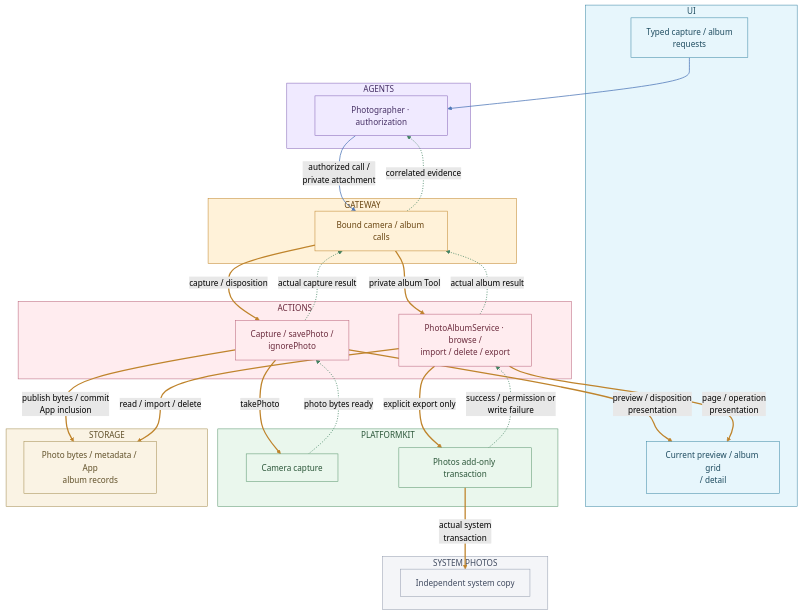
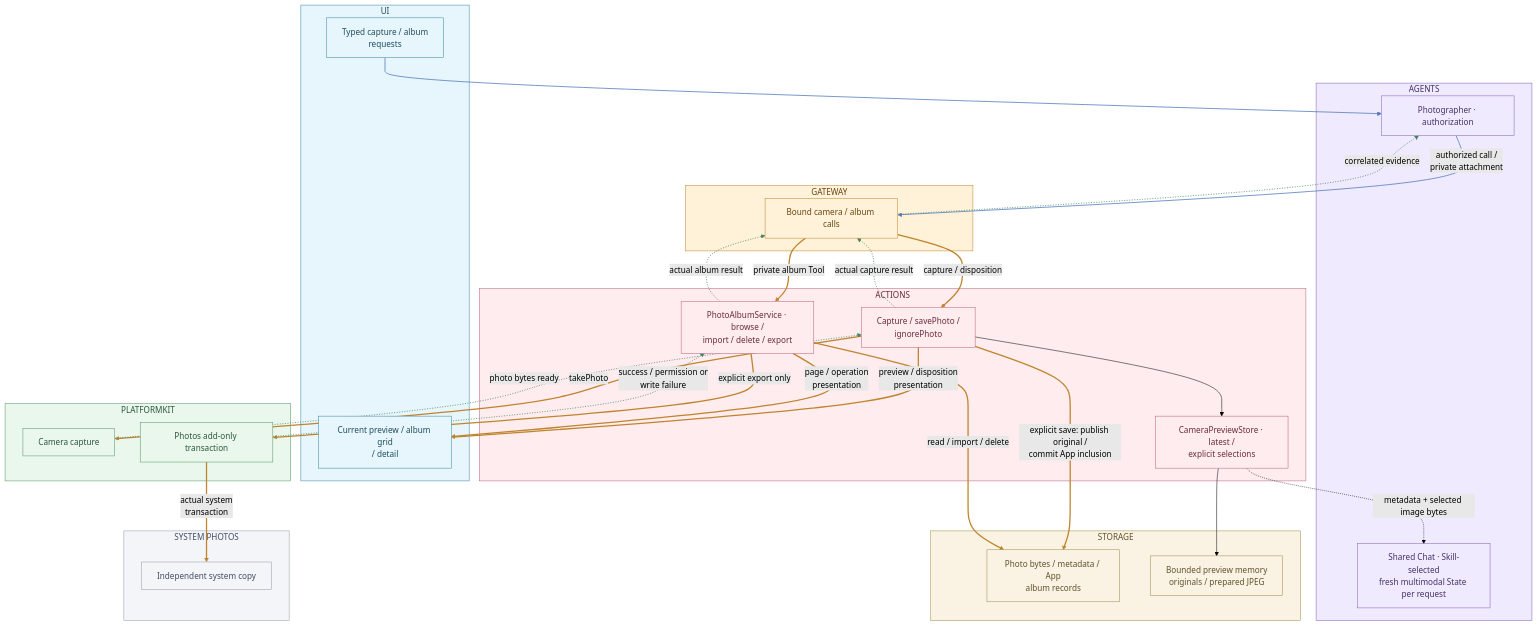
Diagram 19 of 26 in MobileHarness/README.md (devilyouwei/MobileHarness), drawn with Mermaid (forest theme) before and after one commit. The commit also changed other lines of this file and 401 other files, not shown here.

````diff
--- a/MobileHarness/README.md
+++ b/MobileHarness/README.md
@@ -1161,73 +1149,79 @@
 ```mermaid
 flowchart TB
     subgraph Interaction["UI"]
         Request["Typed capture / album<br/>requests"]:::ui
         View["Current preview / album grid<br/>/ detail"]:::ui
     end
     style Interaction fill:#e7f6fc,stroke:#3985a4,color:#1f4c60
     subgraph Cognition["AGENTS"]
         A["Photographer · authorization"]:::agent
+        Context["Shared Chat · Skill-selected<br/>fresh multimodal State per request"]:::agent
     end
     style Cognition fill:#f0eaff,stroke:#8261b5,color:#463065
     subgraph Coordination["GATEWAY"]
         G["Bound camera / album calls"]:::gateway
     end
     style Coordination fill:#fff2d9,stroke:#bf842c,color:#694511
     subgraph Execution["ACTIONS"]
         Camera["Capture / savePhoto /<br/>ignorePhoto"]:::action
+        Preview["CameraPreviewStore · latest /<br/>explicit selections"]:::action
         Album["PhotoAlbumService · browse /<br/>import / delete / export"]:::action
     end
     style Execution fill:#ffecef,stroke:#b86178,color:#6b2b3d
     subgraph Native["PLATFORMKIT"]
         Capture["Camera capture"]:::platform
         Export["Photos add-only transaction"]:::platform
     end
     style Native fill:#eaf7ed,stroke:#56936a,color:#2c573a
     subgraph Persistence["STORAGE"]
         Store["Photo bytes / metadata / App<br/>album records"]:::storage
+        Cache["Bounded preview memory<br/>originals / prepared JPEG"]:::storage
     end
     style Persistence fill:#faf3e4,stroke:#a18a4e,color:#61512a
     subgraph External["SYSTEM PHOTOS"]
         Copy["Independent system copy"]:::neutral
     end
     style External fill:#f4f5f8,stroke:#939bad,color:#414b60
     Request --> A
     A -->|"authorized call /<br/>private attachment"| G
     G ==>|"capture / disposition"| Camera
     G ==>|"private album Tool"| Album
     Camera ==>|"takePhoto"| Capture
     Capture -.->|"photo bytes ready"| Camera
-    Camera ==>|"publish bytes / commit<br/>App inclusion"| Store
+    Camera ==>|"explicit save: publish original /<br/>commit App inclusion"| Store
     Camera ==>|"preview / disposition<br/>presentation"| View
     Album ==>|"read / import / delete"| Store
     Album ==>|"explicit export only"| Export
     Export ==>|"actual system<br/>transaction"| Copy
     Export -.->|"success / permission or<br/>write failure"| Album
     Album ==>|"page / operation<br/>presentation"| View
     Camera -.->|"actual capture result"| G
     Album -.->|"actual album result"| G
     G -.->|"correlated evidence"| A
+    Camera --> Preview
+    Preview --> Cache
+    Preview -.->|"metadata + selected image bytes"| Context
     classDef action fill:#ffecef,stroke:#b86178,color:#6b2b3d
     classDef agent fill:#f0eaff,stroke:#8261b5,color:#463065
     classDef gateway fill:#fff2d9,stroke:#bf842c,color:#694511
     classDef neutral fill:#f4f5f8,stroke:#939bad,color:#414b60
     classDef platform fill:#eaf7ed,stroke:#56936a,color:#2c573a
     classDef storage fill:#faf3e4,stroke:#a18a4e,color:#61512a
     classDef ui fill:#e7f6fc,stroke:#3985a4,color:#1f4c60
     linkStyle 0 stroke:#5078b8,stroke-width:1.5px
     linkStyle 1 stroke:#5078b8,stroke-width:1.5px
     linkStyle 2 stroke:#bf842c,stroke-width:2.5px
     linkStyle 3 stroke:#bf842c,stroke-width:2.5px
     linkStyle 4 stroke:#bf842c,stroke-width:2.5px
     linkStyle 5 stroke:#438463,stroke-width:1.5px,stroke-dasharray:2 3
     linkStyle 6 stroke:#bf842c,stroke-width:2.5px
     linkStyle 7 stroke:#bf842c,stroke-width:2.5px
     linkStyle 8 stroke:#bf842c,stroke-width:2.5px
     linkStyle 9 stroke:#bf842c,stroke-width:2.5px
     linkStyle 10 stroke:#bf842c,stroke-width:2.5px
     linkStyle 11 stroke:#438463,stroke-width:1.5px,stroke-dasharray:2 3
     linkStyle 12 stroke:#bf842c,stroke-width:2.5px
     linkStyle 13 stroke:#438463,stroke-width:1.5px,stroke-dasharray:2 3
     linkStyle 14 stroke:#438463,stroke-width:1.5px,stroke-dasharray:2 3
     linkStyle 15 stroke:#438463,stroke-width:1.5px,stroke-dasharray:2 3
 ```
````
